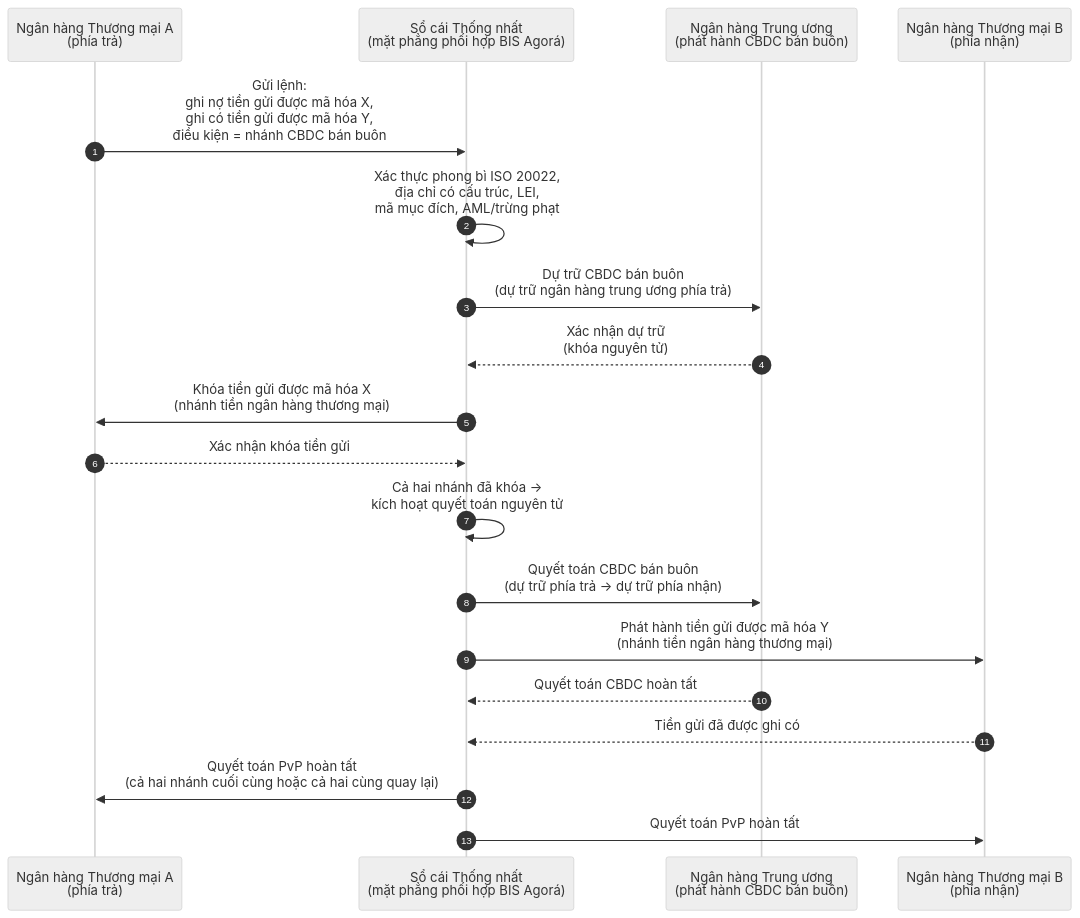
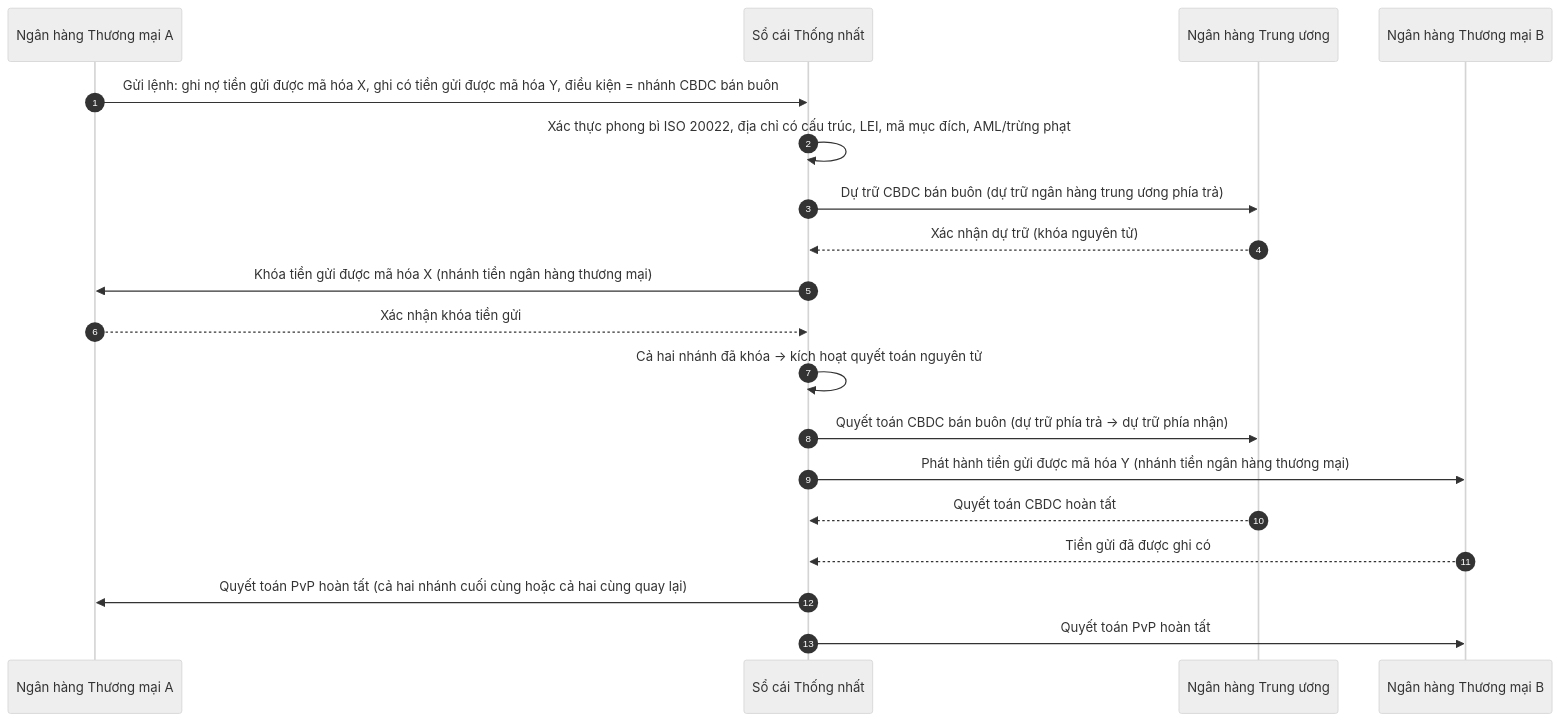
Before and after one commit to sebastienrousseau/sebastienrousseau.github.io: the diagram in _posts/vi/2026-06-06-wholesale-payments-index-iso20022-tokenised-deposits-cross-border-2026.md, drawn with Mermaid (neutral theme). The commit also changed 2231 other files, not shown here.

First line of the commit message:
fix(mermaid): unblock Mermaid v10 rendering end-to-end (#198)

````diff
--- a/_posts/vi/2026-06-06-wholesale-payments-index-iso20022-tokenised-deposits-cross-border-2026.md
+++ b/_posts/vi/2026-06-06-wholesale-payments-index-iso20022-tokenised-deposits-cross-border-2026.md
@@ -170,22 +170,21 @@
 ```mermaid
 sequenceDiagram
     autonumber
-    participant CB_A as Ngân hàng Thương mại A<br/>(phía trả)
-    participant UL as Sổ cái Thống nhất<br/>(mặt phẳng phối hợp BIS Agorá)
-    participant CBNK as Ngân hàng Trung ương<br/>(phát hành CBDC bán buôn)
-    participant CB_B as Ngân hàng Thương mại B<br/>(phía nhận)
-
-    CB_A->>UL: Gửi lệnh:<br/>ghi nợ tiền gửi được mã hóa X,<br/>ghi có tiền gửi được mã hóa Y,<br/>điều kiện = nhánh CBDC bán buôn
-    UL->>UL: Xác thực phong bì ISO 20022,<br/>địa chỉ có cấu trúc, LEI,<br/>mã mục đích, AML/trừng phạt
-    UL->>CBNK: Dự trữ CBDC bán buôn<br/>(dự trữ ngân hàng trung ương phía trả)
-    CBNK-->>UL: Xác nhận dự trữ<br/>(khóa nguyên tử)
-    UL->>CB_A: Khóa tiền gửi được mã hóa X<br/>(nhánh tiền ngân hàng thương mại)
+    participant CB_A as Ngân hàng Thương mại A
+    participant UL as Sổ cái Thống nhất
+    participant CBNK as Ngân hàng Trung ương
+    participant CB_B as Ngân hàng Thương mại B
+    CB_A->>UL: Gửi lệnh: ghi nợ tiền gửi được mã hóa X, ghi có tiền gửi được mã hóa Y, điều kiện = nhánh CBDC bán buôn
+    UL->>UL: Xác thực phong bì ISO 20022, địa chỉ có cấu trúc, LEI, mã mục đích, AML/trừng phạt
+    UL->>CBNK: Dự trữ CBDC bán buôn (dự trữ ngân hàng trung ương phía trả)
+    CBNK-->>UL: Xác nhận dự trữ (khóa nguyên tử)
+    UL->>CB_A: Khóa tiền gửi được mã hóa X (nhánh tiền ngân hàng thương mại)
     CB_A-->>UL: Xác nhận khóa tiền gửi
-    UL->>UL: Cả hai nhánh đã khóa →<br/>kích hoạt quyết toán nguyên tử
-    UL->>CBNK: Quyết toán CBDC bán buôn<br/>(dự trữ phía trả → dự trữ phía nhận)
-    UL->>CB_B: Phát hành tiền gửi được mã hóa Y<br/>(nhánh tiền ngân hàng thương mại)
+    UL->>UL: Cả hai nhánh đã khóa → kích hoạt quyết toán nguyên tử
+    UL->>CBNK: Quyết toán CBDC bán buôn (dự trữ phía trả → dự trữ phía nhận)
+    UL->>CB_B: Phát hành tiền gửi được mã hóa Y (nhánh tiền ngân hàng thương mại)
     CBNK-->>UL: Quyết toán CBDC hoàn tất
     CB_B-->>UL: Tiền gửi đã được ghi có
-    UL->>CB_A: Quyết toán PvP hoàn tất<br/>(cả hai nhánh cuối cùng hoặc cả hai cùng quay lại)
+    UL->>CB_A: Quyết toán PvP hoàn tất (cả hai nhánh cuối cùng hoặc cả hai cùng quay lại)
     UL->>CB_B: Quyết toán PvP hoàn tất
 ```
````
